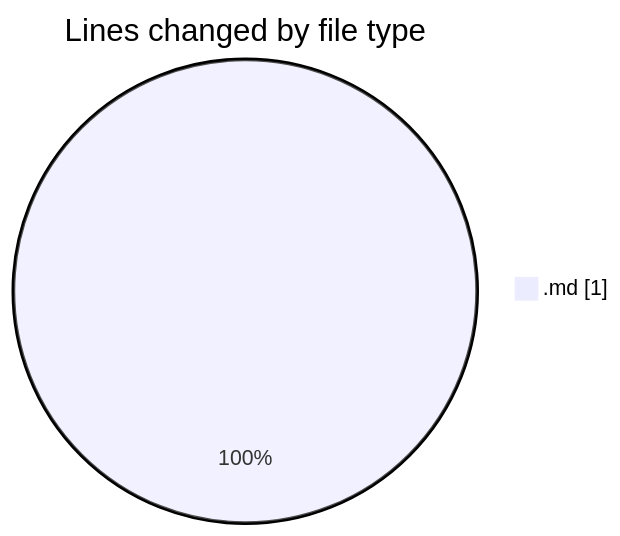
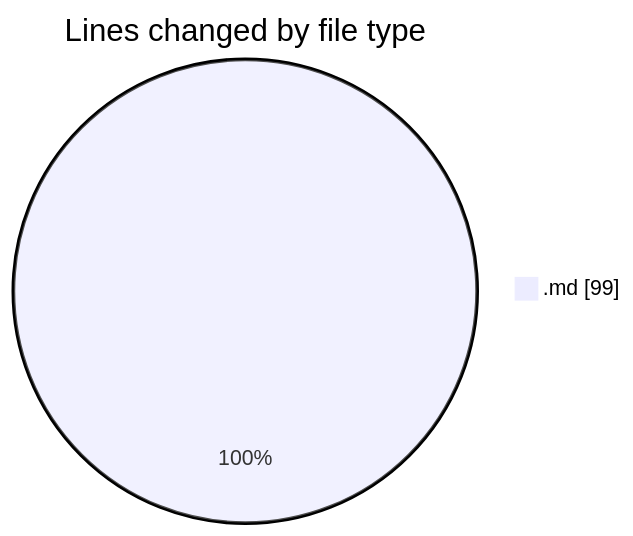
The first of 2 diagrams in 2025-07-09/urlwebwala_intership_work/README.md (Ritupan-Deka/code-tracking), drawn with Mermaid before and after one commit. The commit also changed other lines of this file and 1 other file, not shown here.

````diff
--- a/2025-07-09/urlwebwala_intership_work/README.md
+++ b/2025-07-09/urlwebwala_intership_work/README.md
@@ -20,5 +20,5 @@
 ```mermaid
 pie showData
 title Lines changed by file type
-".md" : 1
+".md" : 99
 ```
````
